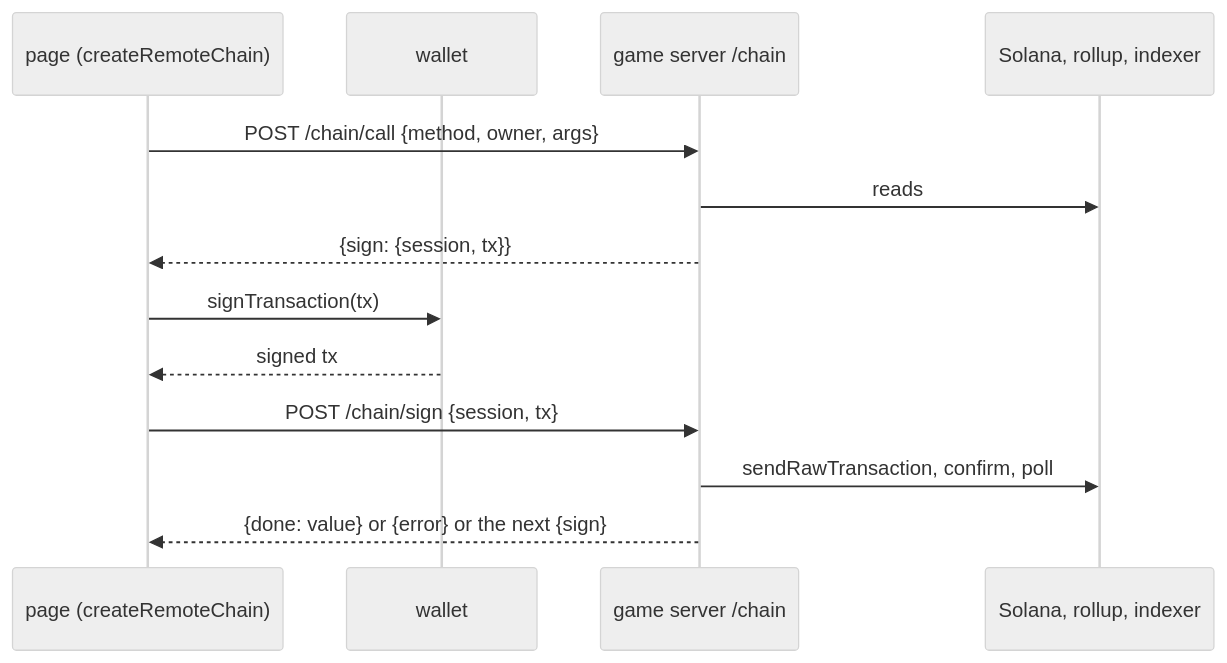
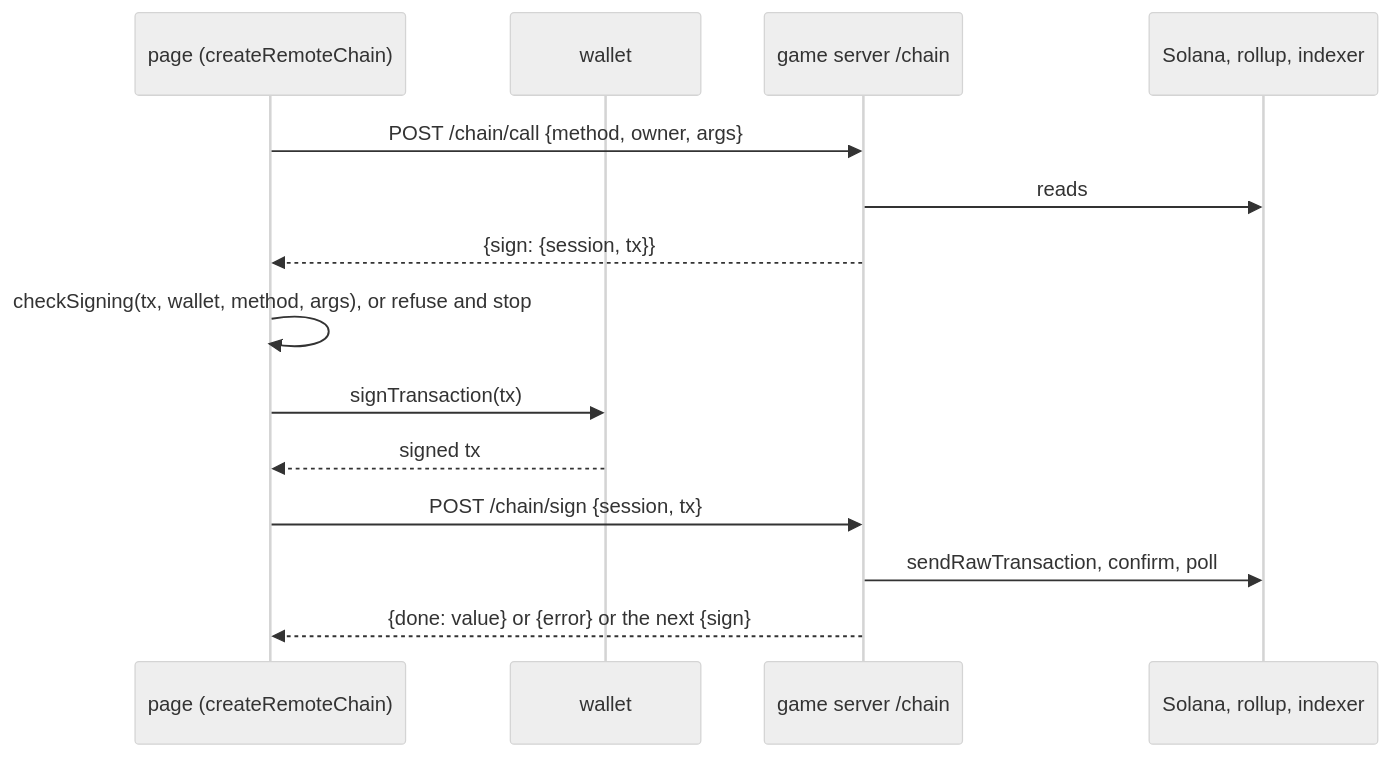
Before and after one commit to Dodecahedr0x/horizon-zero: the second of 3 diagrams in docs/src/client.md, drawn with Mermaid (neutral theme). The commit also changed other lines of this file and 49 other files, not shown here.

````diff
--- a/docs/src/client.md
+++ b/docs/src/client.md
@@ -200,15 +208,16 @@
 ```mermaid
 sequenceDiagram
   participant Page as page (createRemoteChain)
   participant Wallet as wallet
   participant Server as game server /chain
   participant Chain as Solana, rollup, indexer
   Page->>Server: POST /chain/call {method, owner, args}
   Server->>Chain: reads
   Server-->>Page: {sign: {session, tx}}
+  Page->>Page: checkSigning(tx, wallet, method, args), or refuse and stop
   Page->>Wallet: signTransaction(tx)
   Wallet-->>Page: signed tx
   Page->>Server: POST /chain/sign {session, tx}
   Server->>Chain: sendRawTransaction, confirm, poll
   Server-->>Page: {done: value} or {error} or the next {sign}
 ```
````
